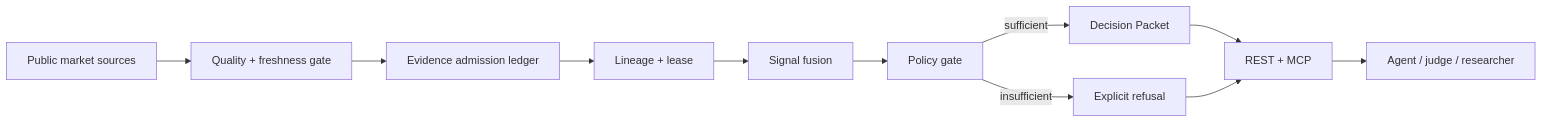
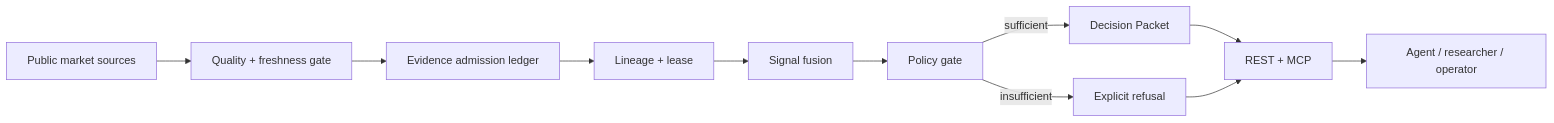
The diagram in README.md (Faadil1/signalforge), drawn with Mermaid before and after one commit. The commit also changed other lines of this file, not shown here.

````diff
--- a/README.md
+++ b/README.md
@@ -204,13 +204,13 @@
 ```mermaid
 flowchart LR
     M[Public market sources] --> Q[Quality + freshness gate]
     Q --> A[Evidence admission ledger]
     A --> L[Lineage + lease]
     L --> F[Signal fusion]
     F --> P[Policy gate]
     P -->|sufficient| D[Decision Packet]
     P -->|insufficient| R[Explicit refusal]
     D --> X[REST + MCP]
     R --> X
-    X --> T[Agent / judge / researcher]
+    X --> T[Agent / researcher / operator]
 ```
````
